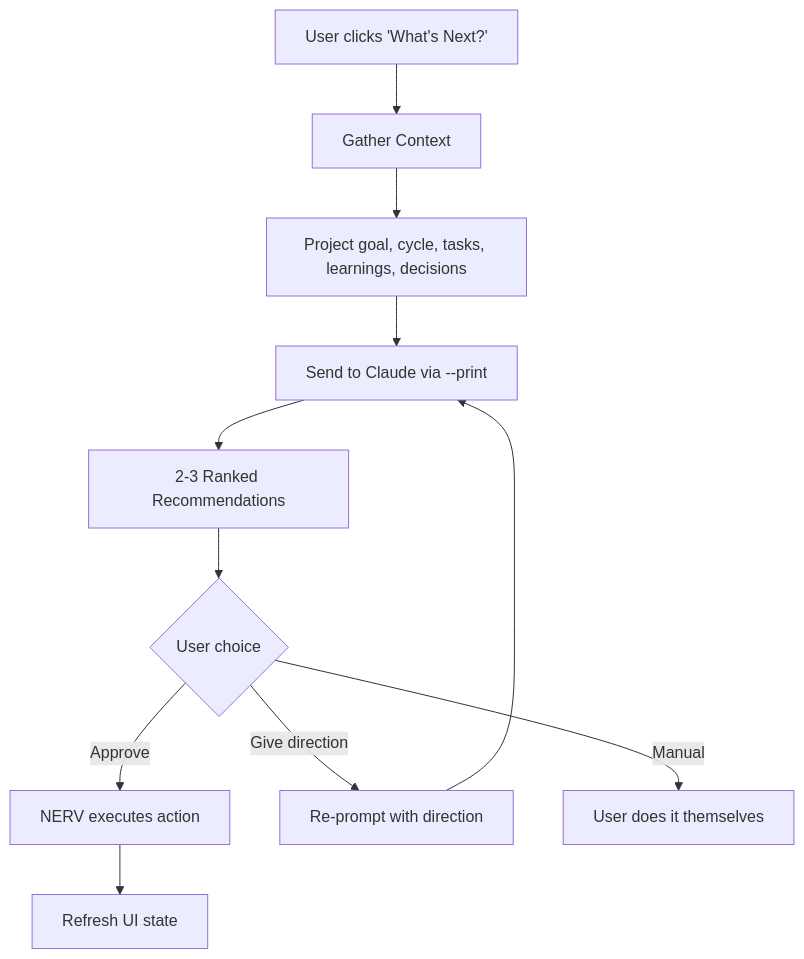
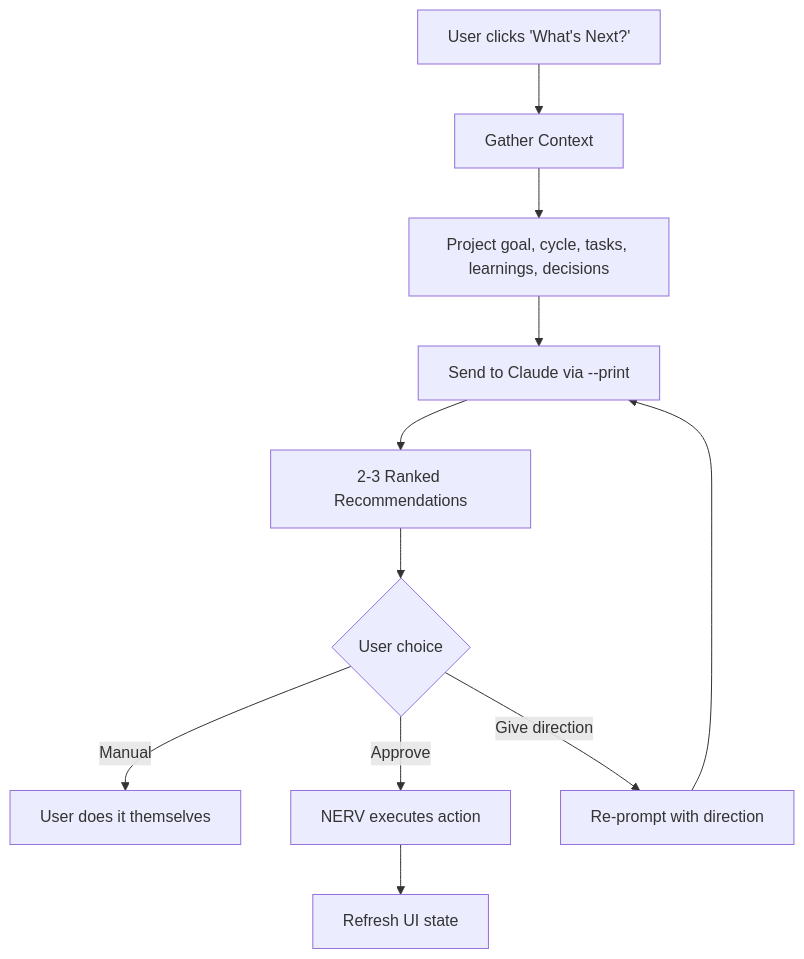
Before and after one commit to gabino75/nerv: the diagram in docs-site/features/recommend.md, drawn with Mermaid. The commit also changed other lines of this file and 14 other files, not shown here.

````diff
--- a/docs-site/features/recommend.md
+++ b/docs-site/features/recommend.md
@@ -9,13 +9,13 @@
 ```mermaid
 flowchart TD
     A["User clicks 'What's Next?'"] --> B[Gather Context]
     B --> C[Project goal, cycle, tasks, learnings, decisions]
     C --> D["Send to Claude via --print"]
     D --> E[2-3 Ranked Recommendations]
     E --> F{User choice}
+    F -->|Manual| I[User does it themselves]
     F -->|Approve| G[NERV executes action]
     F -->|Give direction| H[Re-prompt with direction]
-    F -->|Manual| I[User does it themselves]
     G --> J[Refresh UI state]
     H --> D
 ```
````
